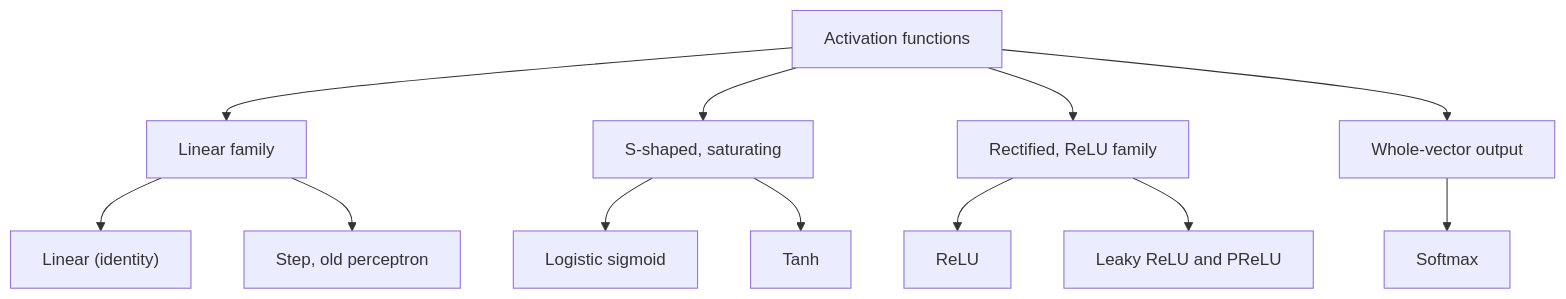
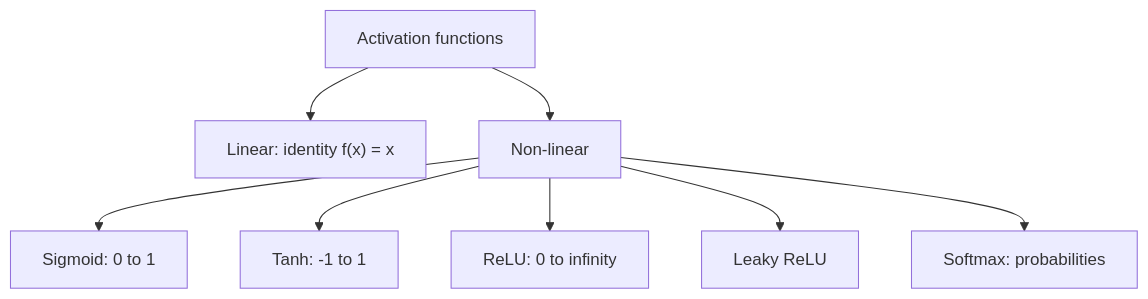
The second of 3 diagrams in content/deep-learning/notes/activation-functions.mdx (TrendySloth1001/sem-seven-notes), drawn with Mermaid before and after one commit. The commit also changed other lines of this file and 168 other files, not shown here.

````diff
--- a/content/deep-learning/notes/activation-functions.mdx
+++ b/content/deep-learning/notes/activation-functions.mdx
@@ -124,15 +60,11 @@
 ```mermaid
-%% caption: The main families. The syllabus names linear, logistic (sigmoid), tanh, ReLU, leaky ReLU and softmax.
+%% caption: The activation functions of the class, grouped as linear and non-linear.
 flowchart TD
-  A["Activation functions"] --> L["Linear family"]
-  A --> S["S-shaped, saturating"]
-  A --> R["Rectified, ReLU family"]
-  A --> M["Whole-vector output"]
-  L --> L1["Linear (identity)"]
-  L --> L2["Step, old perceptron"]
-  S --> S1["Logistic sigmoid"]
-  S --> S2["Tanh"]
-  R --> R1["ReLU"]
-  R --> R2["Leaky ReLU and PReLU"]
-  M --> M1["Softmax"]
+  A["Activation functions"] --> B["Linear: identity f(x) = x"]
+  A --> C["Non-linear"]
+  C --> D["Sigmoid: 0 to 1"]
+  C --> E["Tanh: -1 to 1"]
+  C --> F["ReLU: 0 to infinity"]
+  C --> G["Leaky ReLU"]
+  C --> H["Softmax: probabilities"]
 ```
````
